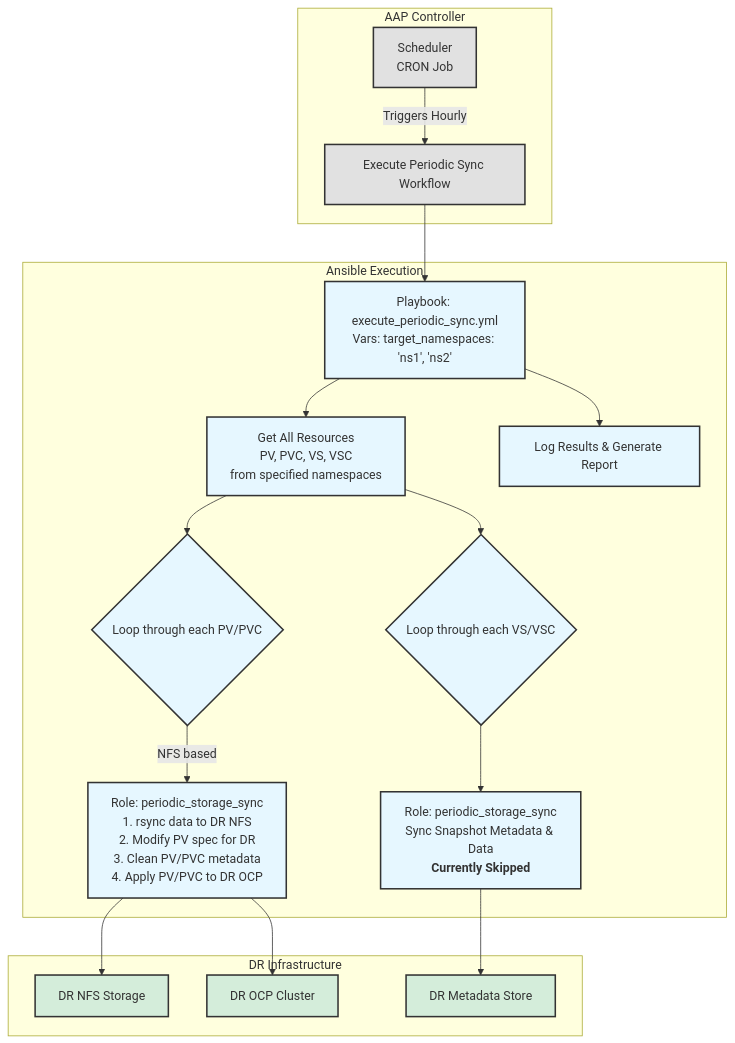
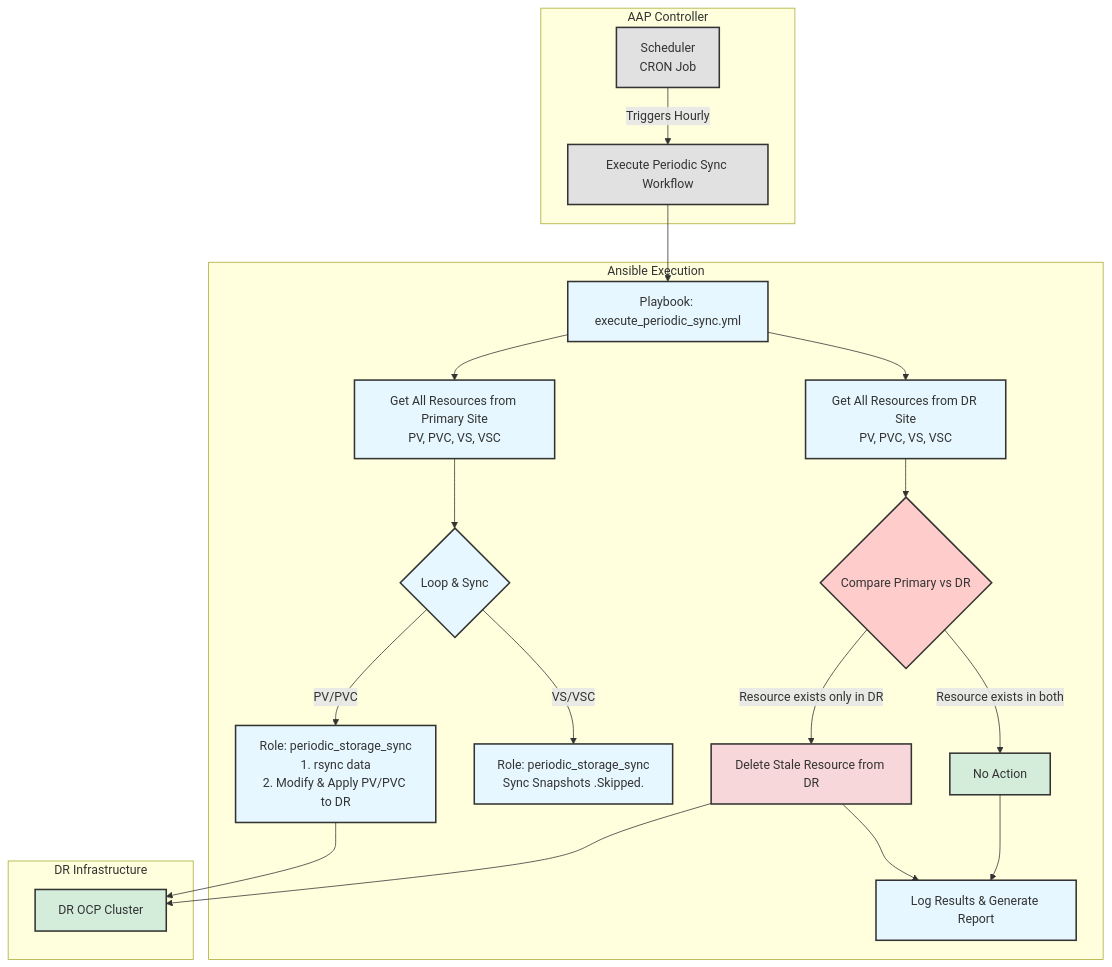
One commit to wangzheng422/ansible-dr-demo changed the second of 3 diagrams in planning/ansible-dr-design.md. Above: the diagram before and after it, drawn with Mermaid. The commit also changed other lines of this file and 1 other file, not shown here.

Commit message:
planning

````diff
--- a/planning/ansible-dr-design.md
+++ b/planning/ansible-dr-design.md
@@ -53,35 +53,41 @@
 ```mermaid
 graph TD
     subgraph AAP Controller
         A[Scheduler<br>CRON Job] -- Triggers Hourly --> B[Execute Periodic Sync Workflow];
     end
 
     subgraph Ansible Execution
-        B --> C[Playbook: execute_periodic_sync.yml<br>Vars: target_namespaces: 'ns1', 'ns2'];
-        C --> D[Get All Resources<br>PV, PVC, VS, VSC<br>from specified namespaces];
-        D --> E{Loop through each PV/PVC};
-        E -- NFS based --> F[Role: periodic_storage_sync<br>1. rsync data to DR NFS<br>2. Modify PV spec for DR<br>3. Clean PV/PVC metadata<br>4. Apply PV/PVC to DR OCP];
-        D --> G{Loop through each VS/VSC};
-        G --> H[Role: periodic_storage_sync<br>Sync Snapshot Metadata & Data<br><b>Currently Skipped</b>];
-        C --> I[Log Results & Generate Report];
+        B --> C[Playbook: execute_periodic_sync.yml];
+        C --> D[Get All Resources from Primary Site<br>PV, PVC, VS, VSC];
+        D --> E{Loop & Sync};
+        E -- PV/PVC --> F[Role: periodic_storage_sync<br>1. rsync data<br>2. Modify & Apply PV/PVC to DR];
+        E -- VS/VSC --> G[Role: periodic_storage_sync<br>Sync Snapshots .Skipped.];
+        
+        C --> H[Get All Resources from DR Site<br>PV, PVC, VS, VSC];
+        H --> I{Compare Primary vs DR};
+        I -- Resource exists only in DR --> J[Delete Stale Resource from DR];
+        I -- Resource exists in both --> K[No Action];
+        
+        J --> L[Log Results & Generate Report];
+        K --> L;
     end
 
     subgraph "DR Infrastructure"
-        F --> J[DR NFS Storage];
-        F --> L[DR OCP Cluster];
-        H --> K[DR Metadata Store];
+        F --> M[DR OCP Cluster];
+        J --> M;
     end
 
     style A fill:#e1e1e1,stroke:#333,stroke-width:2px
     style B fill:#e1e1e1,stroke:#333,stroke-width:2px
     style C fill:#e6f7ff,stroke:#333,stroke-width:2px
     style D fill:#e6f7ff,stroke:#333,stroke-width:2px
     style E fill:#e6f7ff,stroke:#333,stroke-width:2px
     style F fill:#e6f7ff,stroke:#333,stroke-width:2px
     style G fill:#e6f7ff,stroke:#333,stroke-width:2px
     style H fill:#e6f7ff,stroke:#333,stroke-width:2px
-    style I fill:#e6f7ff,stroke:#333,stroke-width:2px
-    style J fill:#d4edda,stroke:#333,stroke-width:2px
+    style I fill:#ffcccc,stroke:#333,stroke-width:2px
+    style J fill:#f8d7da,stroke:#333,stroke-width:2px
     style K fill:#d4edda,stroke:#333,stroke-width:2px
-    style L fill:#d4edda,stroke:#333,stroke-width:2px
+    style L fill:#e6f7ff,stroke:#333,stroke-width:2px
+    style M fill:#d4edda,stroke:#333,stroke-width:2px
 ```
````
